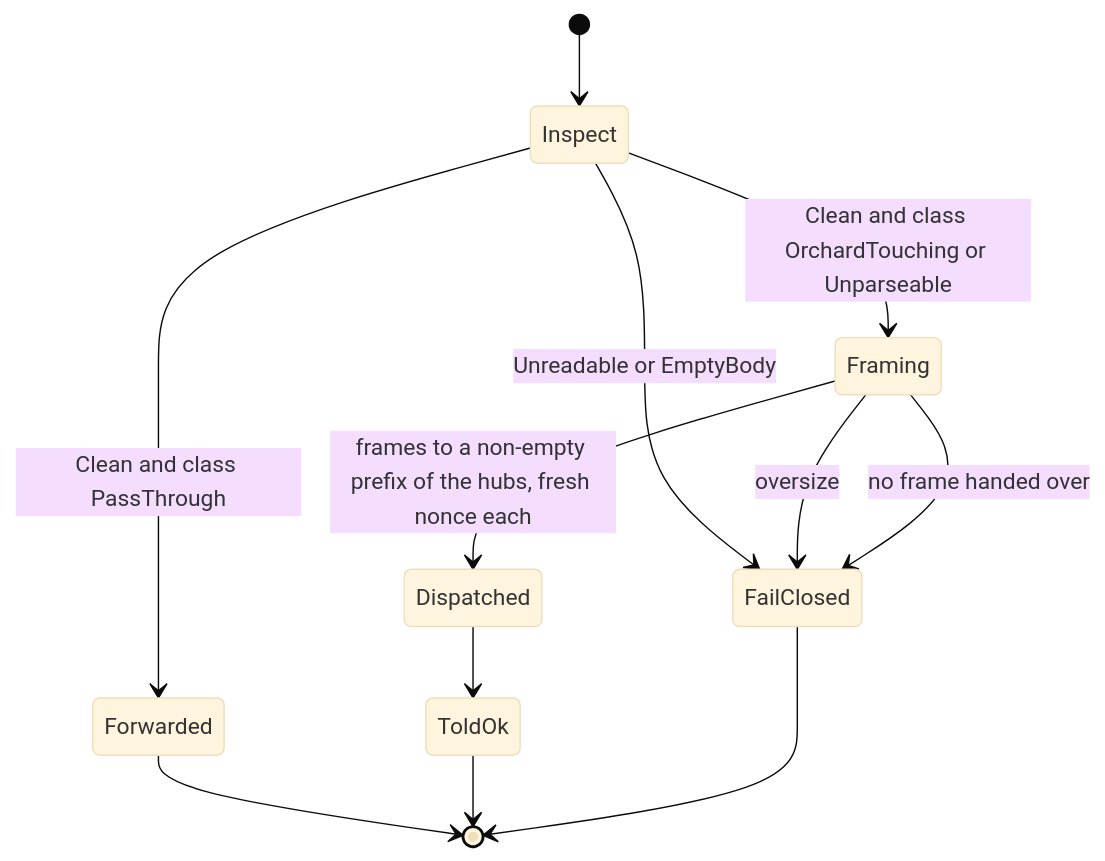
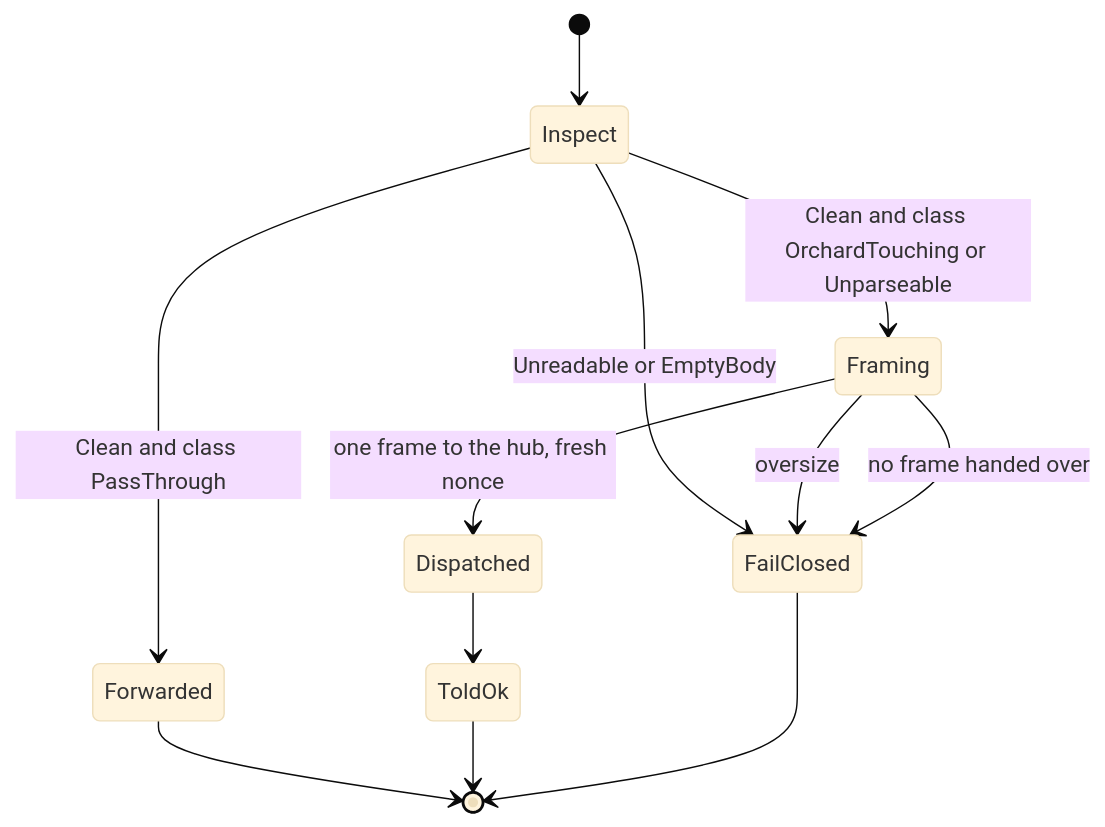
One commit to ShieldedLabs/zero changed the first of 10 diagrams in zeronym/spec/protocol/README.md. Above: the diagram before and after it, drawn with Mermaid (base theme). The commit also changed other lines of this file and 10 other files, not shown here.

Commit message:
test(zeronym): check one hub in the protocol spec

````diff
--- a/zeronym/spec/protocol/README.md
+++ b/zeronym/spec/protocol/README.md
@@ -203,14 +259,14 @@
 ```mermaid
 stateDiagram-v2
     [*] --> Inspect
     Inspect --> Forwarded: Clean and class PassThrough
     Inspect --> FailClosed: Unreadable or EmptyBody
     Inspect --> Framing: Clean and class OrchardTouching or Unparseable
     Framing --> FailClosed: oversize
-    Framing --> Dispatched: frames to a non-empty prefix of the hubs, fresh nonce each
+    Framing --> Dispatched: one frame to the hub, fresh nonce
     Framing --> FailClosed: no frame handed over
     Dispatched --> ToldOk
     Forwarded --> [*]
     ToldOk --> [*]
     FailClosed --> [*]
 ```
````
